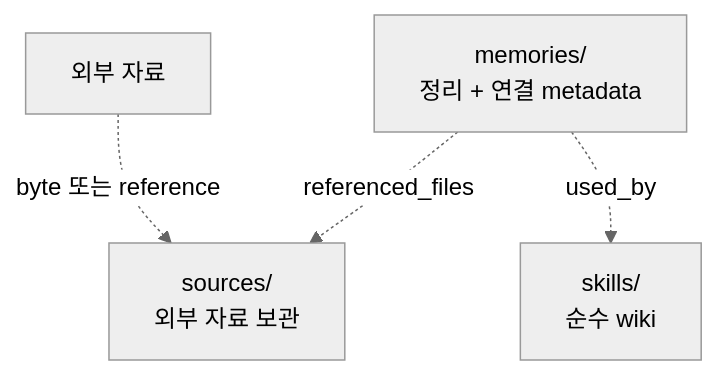
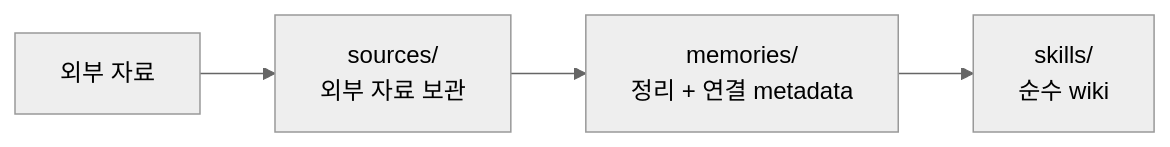
Before and after one commit to choesimin/choesimin.github.io: the second of 3 diagrams in collections/_notes/ai/llm-wiki/as-domain-skill.md, drawn with Mermaid (neutral theme). The commit also changed other lines of this file, not shown here.

````diff
--- a/collections/_notes/ai/llm-wiki/as-domain-skill.md
+++ b/collections/_notes/ai/llm-wiki/as-domain-skill.md
@@ -110,11 +110,6 @@
 ```mermaid
-graph TB
-    external["외부 자료"]
-    sources["sources/<br>외부 자료 보관"]
-    memories["memories/<br>정리 + 연결 metadata"]
-    skills["skills/<br>순수 wiki"]
-
-    external -.byte 또는 reference.-> sources
-    memories -.referenced_files.-> sources
-    memories -.used_by.-> skills
+graph LR
+    external["외부 자료"] --> sources["sources/<br>외부 자료 보관"]
+    sources --> memories["memories/<br>정리 + 연결 metadata"]
+    memories --> skills["skills/<br>순수 wiki"]
 ```
````
